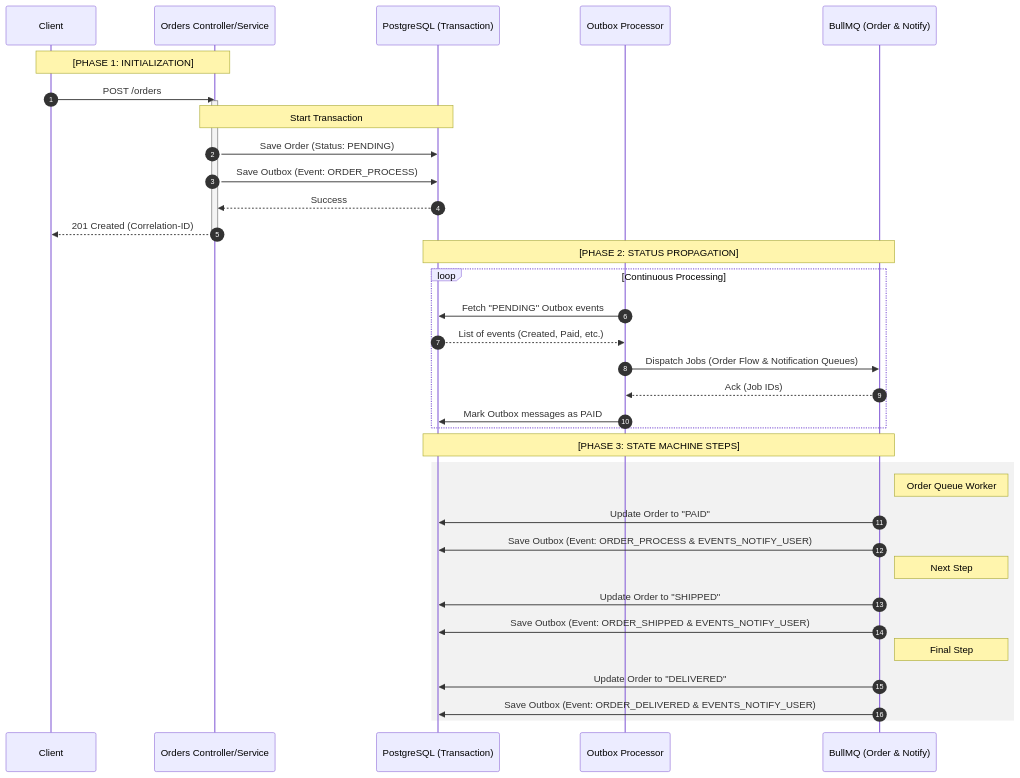
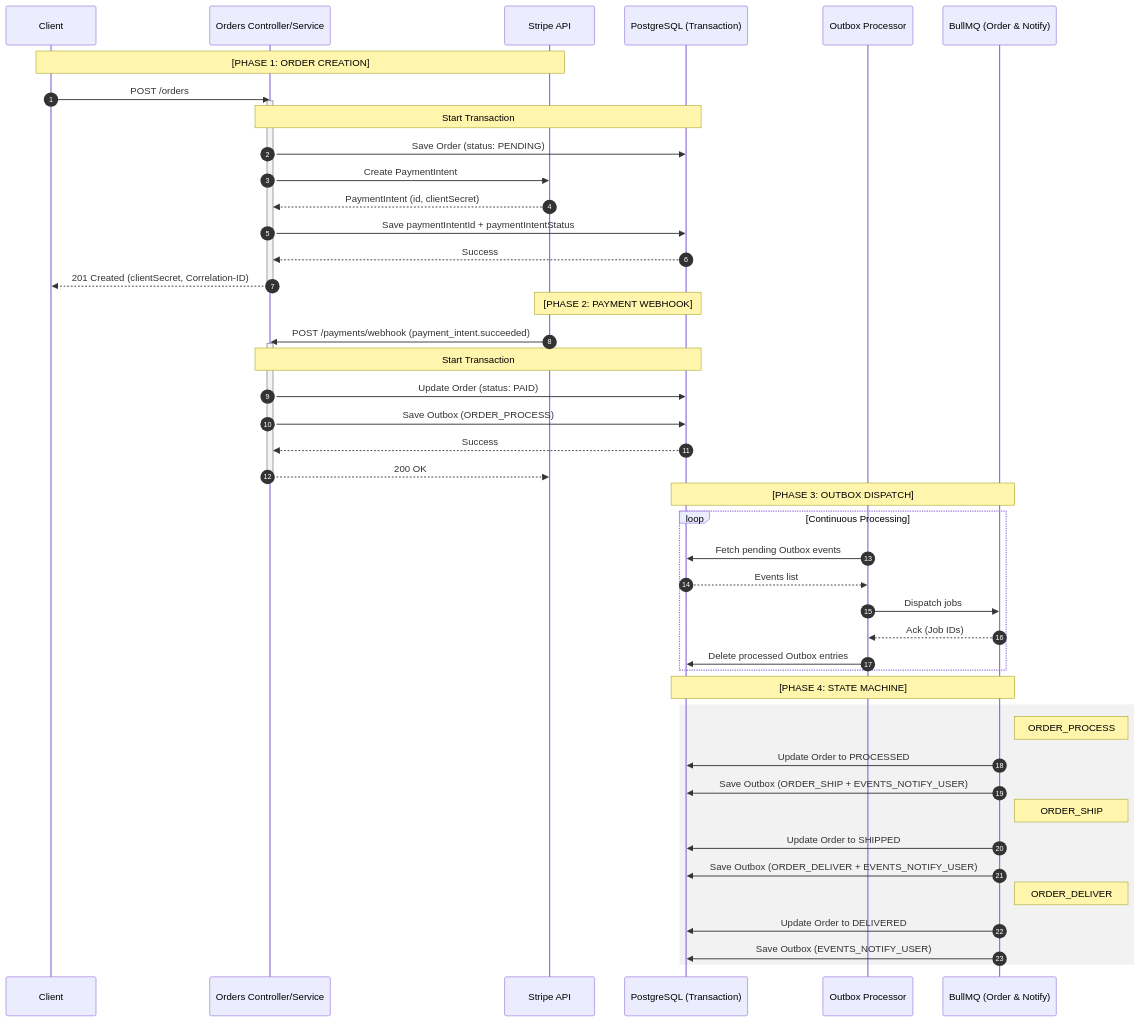
Before and after one commit to bside89/dispatch-api: the diagram in README.md, drawn with Mermaid. The commit also changed other lines of this file and 1 other file, not shown here.

Commit message:
docs: update README.md with the latest architecture changes

````diff
--- a/README.md
+++ b/README.md
@@ -152,43 +155,56 @@
 ```mermaid
 sequenceDiagram
     autonumber
     participant Client
     participant API as Orders Controller/Service
+    participant Stripe as Stripe API
     participant DB as PostgreSQL (Transaction)
     participant Worker as Outbox Processor
     participant Queue as BullMQ (Order & Notify)
 
-    Note over Client, API: [PHASE 1: INITIALIZATION]
+    Note over Client, Stripe: [PHASE 1: ORDER CREATION]
     Client->>API: POST /orders
     activate API
     Note over API, DB: Start Transaction
-    API->>DB: Save Order (Status: PENDING)
-    API->>DB: Save Outbox (Event: ORDER_PROCESS)
+    API->>DB: Save Order (status: PENDING)
+    API->>Stripe: Create PaymentIntent
+    Stripe-->>API: PaymentIntent (id, clientSecret)
+    API->>DB: Save paymentIntentId + paymentIntentStatus
     DB-->>API: Success
-    API-->>Client: 201 Created (Correlation-ID)
+    API-->>Client: 201 Created (clientSecret, Correlation-ID)
     deactivate API
 
-    Note over DB, Queue: [PHASE 2: STATUS PROPAGATION]
+    Note over Stripe, DB: [PHASE 2: PAYMENT WEBHOOK]
+    Stripe->>API: POST /payments/webhook (payment_intent.succeeded)
+    activate API
+    Note over API, DB: Start Transaction
+    API->>DB: Update Order (status: PAID)
+    API->>DB: Save Outbox (ORDER_PROCESS)
+    DB-->>API: Success
+    API-->>Stripe: 200 OK
+    deactivate API
+
+    Note over DB, Queue: [PHASE 3: OUTBOX DISPATCH]
     loop Continuous Processing
-        Worker->>DB: Fetch "PENDING" Outbox events
-        DB-->>Worker: List of events (Created, Paid, etc.)
-        Worker->>Queue: Dispatch Jobs (Order Flow & Notification Queues)
+        Worker->>DB: Fetch pending Outbox events
+        DB-->>Worker: Events list
+        Worker->>Queue: Dispatch jobs
         Queue-->>Worker: Ack (Job IDs)
-        Worker->>DB: Mark Outbox messages as PAID
+        Worker->>DB: Delete processed Outbox entries
     end
 
-    Note over Queue, DB: [PHASE 3: STATE MACHINE STEPS]
+    Note over Queue, DB: [PHASE 4: STATE MACHINE]
     rect rgba(128, 128, 128, 0.1)
-        Note right of Queue: Order Queue Worker
-        Queue->>DB: Update Order to "PAID"
-        Queue->>DB: Save Outbox (Event: ORDER_PROCESS & EVENTS_NOTIFY_USER)
+        Note right of Queue: ORDER_PROCESS
+        Queue->>DB: Update Order to PROCESSED
+        Queue->>DB: Save Outbox (ORDER_SHIP + EVENTS_NOTIFY_USER)
 
-        Note right of Queue: Next Step
-        Queue->>DB: Update Order to "SHIPPED"
-        Queue->>DB: Save Outbox (Event: ORDER_SHIPPED & EVENTS_NOTIFY_USER)
+        Note right of Queue: ORDER_SHIP
+        Queue->>DB: Update Order to SHIPPED
+        Queue->>DB: Save Outbox (ORDER_DELIVER + EVENTS_NOTIFY_USER)
 
-        Note right of Queue: Final Step
-        Queue->>DB: Update Order to "DELIVERED"
-        Queue->>DB: Save Outbox (Event: ORDER_DELIVERED & EVENTS_NOTIFY_USER)
+        Note right of Queue: ORDER_DELIVER
+        Queue->>DB: Update Order to DELIVERED
+        Queue->>DB: Save Outbox (EVENTS_NOTIFY_USER)
     end
 ```
````
